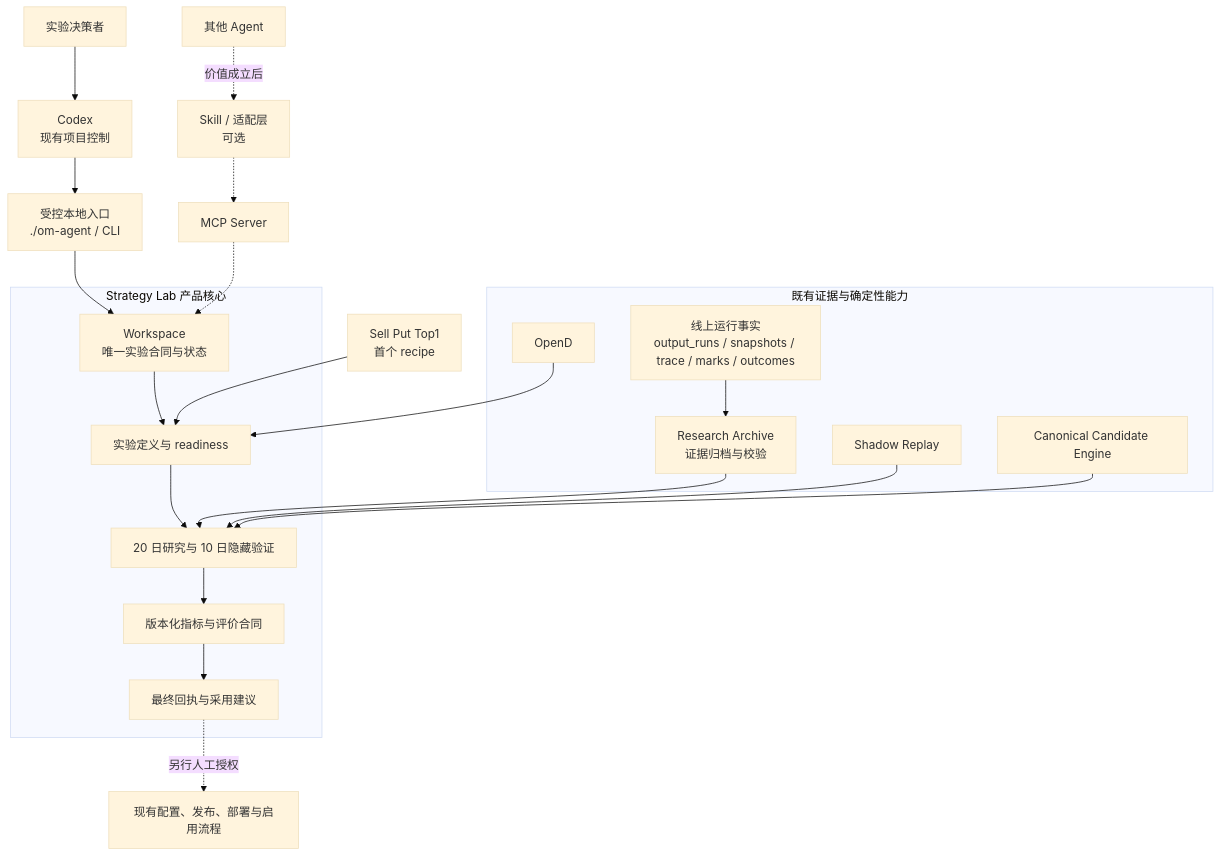
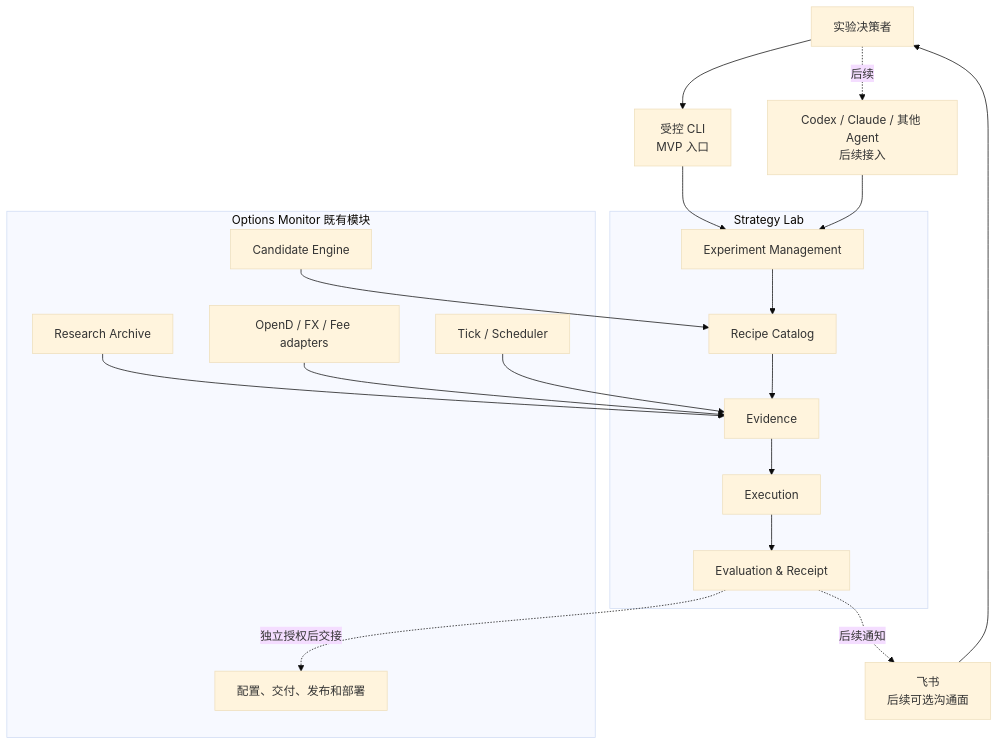
The first of 3 diagrams in docs/STRATEGY_LAB_EXPERIMENT_PLATFORM_PRD.md (liuxie066/options-monitor), drawn with Mermaid (base theme) before and after one commit. The commit also changed other lines of this file and 45 other files, not shown here.

Commit message:
feat(strategy-lab): establish phase 1 evidence foundations

````diff
--- a/docs/STRATEGY_LAB_EXPERIMENT_PLATFORM_PRD.md
+++ b/docs/STRATEGY_LAB_EXPERIMENT_PLATFORM_PRD.md
@@ -83,36 +58,33 @@
 ```mermaid
 flowchart TB
-    U["实验决策者"] --> C["Codex<br/>现有项目控制"]
-    C --> L["受控本地入口<br/>./om-agent / CLI"]
-    L --> W
+    U["实验决策者"]
+    A["Codex / Claude / 其他 Agent\n后续接入"]
+    C["受控 CLI\nMVP 入口"]
+    F["飞书\n后续可选沟通面"]
 
-    A["其他 Agent"] -. "价值成立后" .-> S["Skill / 适配层<br/>可选"]
-    S -.-> M["MCP Server"]
-    M -.-> W
-
-    subgraph P["Strategy Lab 产品核心"]
-        W["Workspace<br/>唯一实验合同与状态"]
-        D["实验定义与 readiness"]
-        E["20 日研究与 10 日隐藏验证"]
-        K["版本化指标与评价合同"]
-        R["最终回执与采用建议"]
-        W --> D --> E --> K --> R
+    subgraph SL["Strategy Lab"]
+        M1["Experiment Management"]
+        M2["Recipe Catalog"]
+        M3["Evidence"]
+        M4["Execution"]
+        M5["Evaluation & Receipt"]
     end
 
-    subgraph X["既有证据与确定性能力"]
-        F["线上运行事实<br/>output_runs / snapshots / trace / marks / outcomes"]
-        AR["Research Archive<br/>证据归档与校验"]
-        SR["Shadow Replay"]
-        CE["Canonical Candidate Engine"]
-        OD["OpenD"]
-        F --> AR
+    subgraph OM["Options Monitor 既有模块"]
+        CE["Candidate Engine"]
+        RA["Research Archive"]
+        OD["OpenD / FX / Fee adapters"]
+        RT["Tick / Scheduler"]
+        DS["配置、交付、发布和部署"]
     end
 
-    T["Sell Put Top1<br/>首个 recipe"] --> D
-    AR --> E
-    SR --> E
-    CE --> E
-    OD --> D
-
-    R -. "另行人工授权" .-> PUBLISH["现有配置、发布、部署与启用流程"]
+    U --> C --> M1
+    U -. "后续" .-> A --> M1
+    M1 --> M2 --> M3 --> M4 --> M5
+    CE --> M2
+    RA --> M3
+    OD --> M3
+    RT --> M3
+    M5 -. "后续通知" .-> F --> U
+    M5 -. "独立授权后交接" .-> DS
 ```
````
